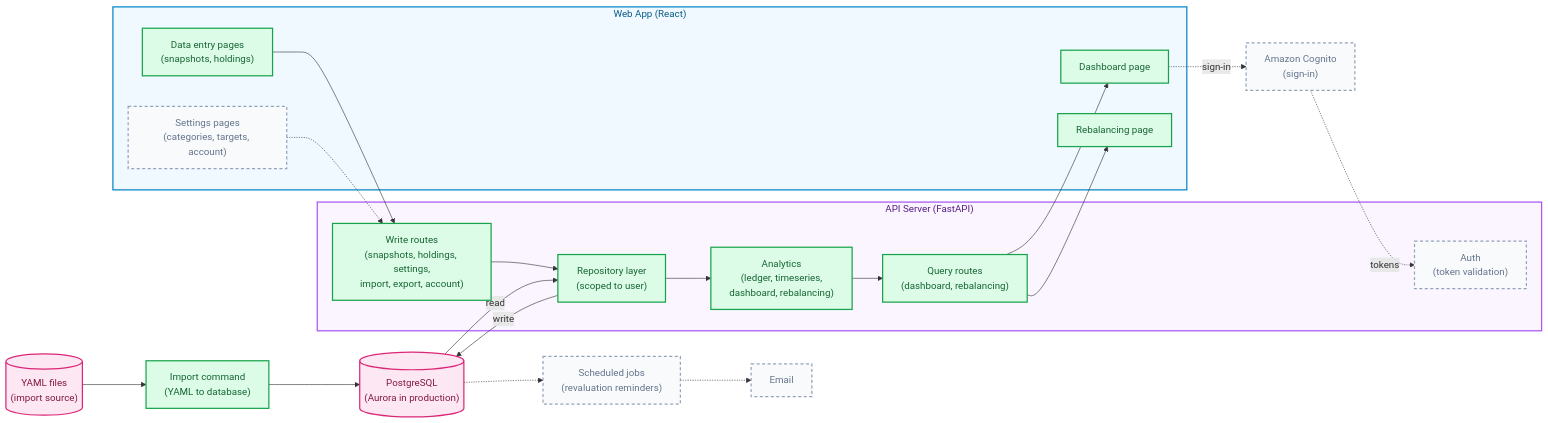
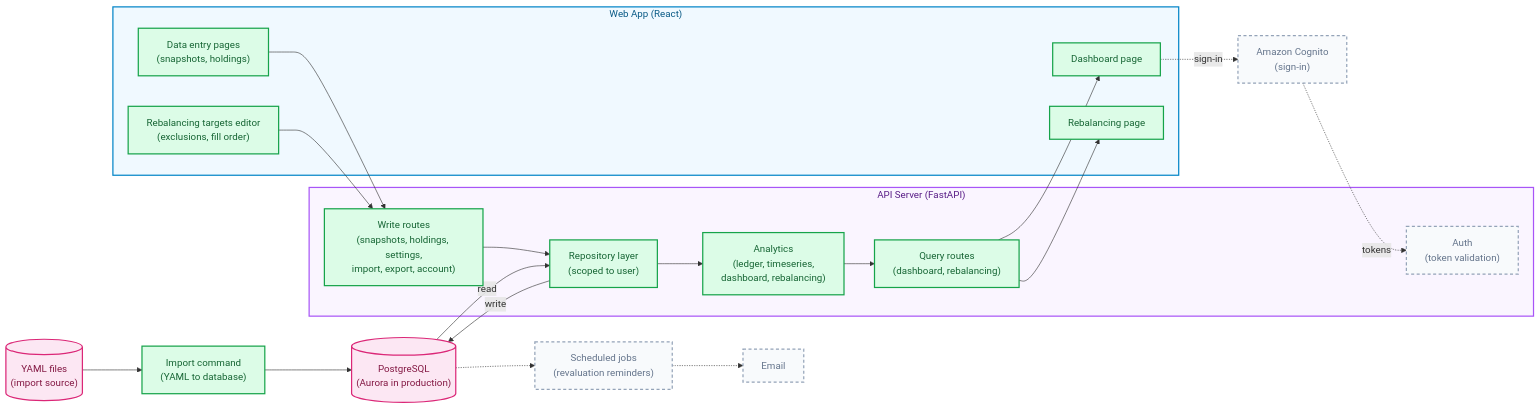
One commit to marcparaira/net-worth-dashboard changed the first of 2 diagrams in docs/architecture/architecture.md. Above: the diagram before and after it, drawn with Mermaid. The commit also changed other lines of this file and 42 other files, not shown here.

````diff
--- a/docs/architecture/architecture.md
+++ b/docs/architecture/architecture.md
@@ -13,54 +13,54 @@
 ```mermaid
 flowchart LR
     FILES[("YAML files<br/>(import source)")]
     DB[("PostgreSQL<br/>(Aurora in production)")]
     CLI["Import command<br/>(YAML to database)"]
     IDP["Amazon Cognito<br/>(sign-in)"]
     JOBS["Scheduled jobs<br/>(revaluation reminders)"]
     EMAIL["Email"]
 
     subgraph API["API Server (FastAPI)"]
         A_REPO["Repository layer<br/>(scoped to user)"]
         A_ANALYTICS["Analytics<br/>(ledger, timeseries,<br/>dashboard, rebalancing)"]
         A_QUERY["Query routes<br/>(dashboard, rebalancing)"]
         A_CMD["Write routes<br/>(snapshots, holdings, settings,<br/>import, export, account)"]
         A_AUTH["Auth<br/>(token validation)"]
     end
 
     subgraph WEB["Web App (React)"]
         P_DASH["Dashboard page"]
         P_REB["Rebalancing page"]
         P_DATA["Data entry pages<br/>(snapshots, holdings)"]
-        P_SET["Settings pages<br/>(categories, targets, account)"]
+        P_SET["Rebalancing targets editor<br/>(exclusions, fill order)"]
     end
 
     A_ANALYTICS --> A_QUERY
     A_QUERY --> P_DASH
     A_QUERY --> P_REB
 
     DB -->|read| A_REPO
     A_REPO --> A_ANALYTICS
     P_DATA --> A_CMD
-    P_SET -.-> A_CMD
+    P_SET --> A_CMD
     A_CMD --> A_REPO
     A_REPO -->|write| DB
 
     FILES --> CLI
     CLI --> DB
 
     P_DASH -.->|"sign-in"| IDP
     IDP -.->|tokens| A_AUTH
 
     DB -.-> JOBS
     JOBS -.-> EMAIL
 
     classDef done fill:#dcfce7,stroke:#16a34a,stroke-width:2px,color:#166534
     classDef planned fill:#f8fafc,stroke:#94a3b8,stroke-width:2px,stroke-dasharray:5 4,color:#64748b
     classDef storage fill:#fce7f3,stroke:#db2777,stroke-width:2px,color:#831843
-    class A_ANALYTICS,A_QUERY,A_REPO,A_CMD,CLI,P_DASH,P_REB,P_DATA done
-    class A_AUTH,P_SET,JOBS,IDP,EMAIL planned
+    class A_ANALYTICS,A_QUERY,A_REPO,A_CMD,CLI,P_DASH,P_REB,P_DATA,P_SET done
+    class A_AUTH,JOBS,IDP,EMAIL planned
     class FILES,DB storage
 
     style API fill:#faf5ff,stroke:#a855f7,stroke-width:2px,color:#581c87
     style WEB fill:#f0f9ff,stroke:#0284c7,stroke-width:2px,color:#075985
 ```
````
